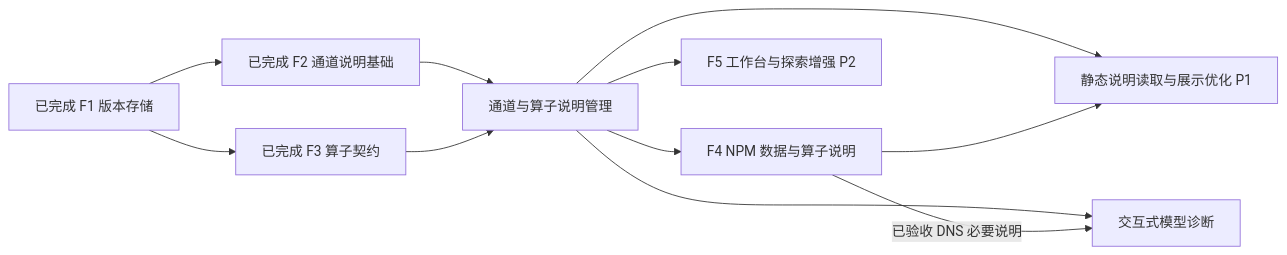
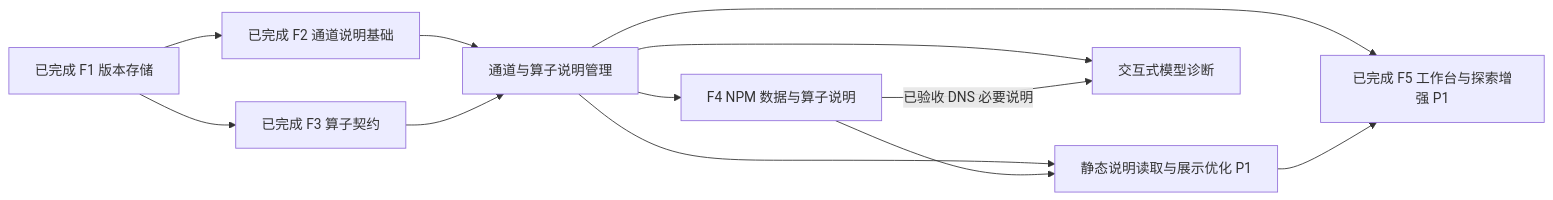
One commit to leesanyu/flowsql changed the diagram in tasks/specs/epic-data-semantics-dictionary.md. Above: the diagram before and after it, drawn with Mermaid. The commit also changed other lines of this file and 81 other files, not shown here.

````diff
--- a/tasks/specs/epic-data-semantics-dictionary.md
+++ b/tasks/specs/epic-data-semantics-dictionary.md
@@ -146,13 +147,14 @@
 ```mermaid
 flowchart LR
     F1[已完成 F1 版本存储] --> F2[已完成 F2 通道说明基础]
     F1 --> F3[已完成 F3 算子契约]
     F2 --> M[通道与算子说明管理]
     F3 --> M
     M --> F4[F4 NPM 数据与算子说明]
     M --> O[静态说明读取与展示优化 P1]
     F4 --> O
     M --> L[交互式模型诊断]
     F4 -->|已验收 DNS 必要说明| L
-    M --> F5[F5 工作台与探索增强 P2]
+    M --> F5[已完成 F5 工作台与探索增强 P1]
+    O --> F5
 ```
````
